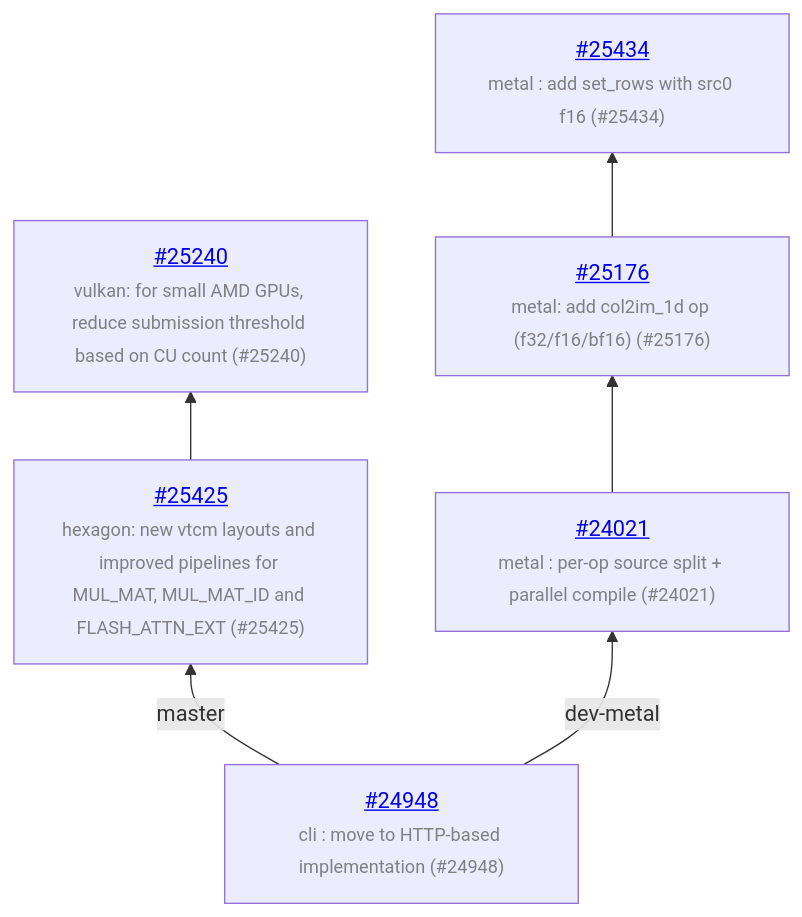
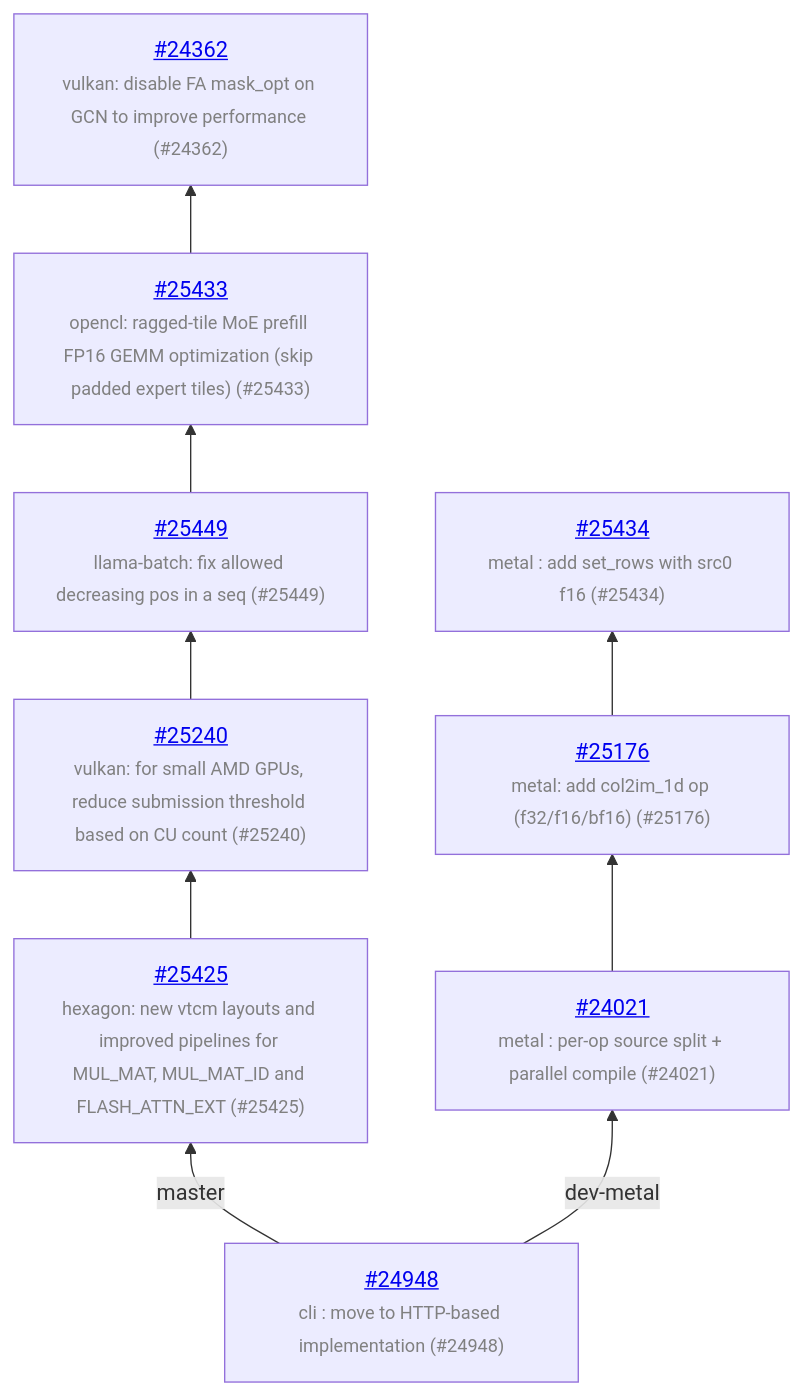
One commit to ggml-org/llama.cpp-dev changed the diagram in README.md. Above: the diagram before and after it, drawn with Mermaid. The commit also changed other lines of this file and 1 other file, not shown here.

Commit message:
auto: update

````diff
--- a/README.md
+++ b/README.md
@@ -13,14 +13,20 @@
 ```mermaid
 graph BT
     COMMON["<a href='https://github.com/ggml-org/llama.cpp/pull/24948'>#24948</a><br/><span style='font-size:smaller;color:gray'>cli : move to HTTP-based implementation (#24948)</span>"]
     COMMON -->|master| C_81ff7ab
     C_81ff7ab["<a href='https://github.com/ggml-org/llama.cpp/pull/25425'>#25425</a><br/><span style='font-size:smaller;color:gray'>hexagon: new vtcm layouts and improved pipelines for MUL_MAT, MUL_MAT_ID and FLASH_ATTN_EXT (#25425)</span>"]
     C_81ff7ab --> C_0bbc87b
     C_0bbc87b["<a href='https://github.com/ggml-org/llama.cpp/pull/25240'>#25240</a><br/><span style='font-size:smaller;color:gray'>vulkan: for small AMD GPUs, reduce submission threshold based on CU count (#25240)</span>"]
+    C_0bbc87b --> C_1ee0939
+    C_1ee0939["<a href='https://github.com/ggml-org/llama.cpp/pull/25449'>#25449</a><br/><span style='font-size:smaller;color:gray'>llama-batch: fix allowed decreasing pos in a seq (#25449)</span>"]
+    C_1ee0939 --> C_167d057
+    C_167d057["<a href='https://github.com/ggml-org/llama.cpp/pull/25433'>#25433</a><br/><span style='font-size:smaller;color:gray'>opencl: ragged-tile MoE prefill FP16 GEMM optimization (skip padded expert tiles) (#25433)</span>"]
+    C_167d057 --> C_a646006
+    C_a646006["<a href='https://github.com/ggml-org/llama.cpp/pull/24362'>#24362</a><br/><span style='font-size:smaller;color:gray'>vulkan: disable FA mask_opt on GCN to improve performance (#24362)</span>"]
     COMMON -->|dev-metal| C_5dca9f3
     C_5dca9f3["<a href='https://github.com/ggml-org/llama.cpp/pull/24021'>#24021</a><br/><span style='font-size:smaller;color:gray'>metal : per-op source split + parallel compile (#24021)</span>"]
     C_5dca9f3 --> C_400d4bf
     C_400d4bf["<a href='https://github.com/ggml-org/llama.cpp/pull/25176'>#25176</a><br/><span style='font-size:smaller;color:gray'>metal: add col2im_1d op (f32/f16/bf16) (#25176)</span>"]
     C_400d4bf --> C_8cb1ad5
     C_8cb1ad5["<a href='https://github.com/ggml-org/llama.cpp/pull/25434'>#25434</a><br/><span style='font-size:smaller;color:gray'>metal : add set_rows with src0 f16 (#25434)</span>"]
 ```
````
